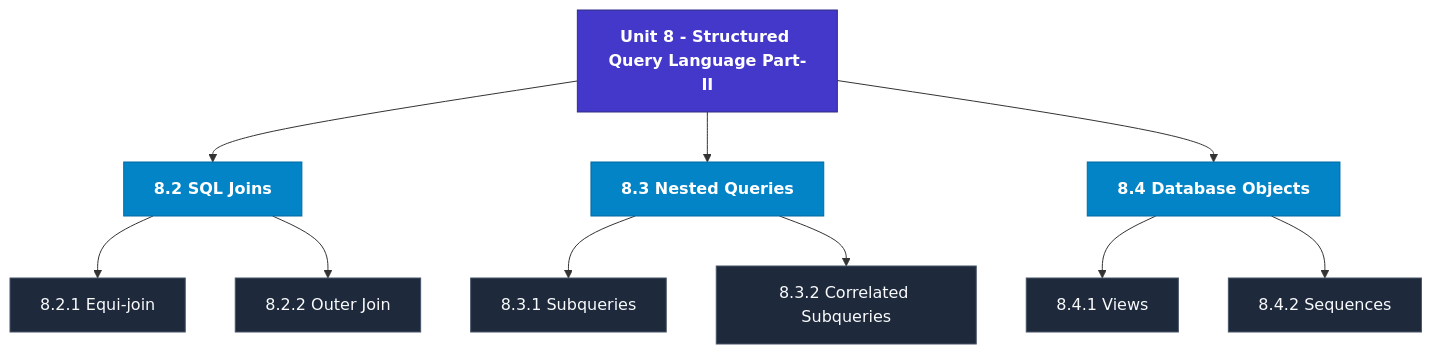
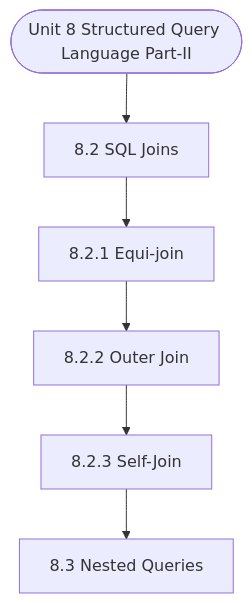
The diagram in notes/Semester_1/MCS-207_Database_Management_Systems/unit_08_Structured_Query_Language_(Part-II).md (Asutosh-Coaching/mscdsa), drawn with Mermaid before and after one commit. The commit also changed other lines of this file and 115 other files, not shown here.

Commit message:
Fix Mermaid layout for mobile, isolate LaTeX delimiters, and add GitHub Pages reader

````diff
--- a/notes/Semester_1/MCS-207_Database_Management_Systems/unit_08_Structured_Query_Language_(Part-II).md
+++ b/notes/Semester_1/MCS-207_Database_Management_Systems/unit_08_Structured_Query_Language_(Part-II).md
@@ -19,27 +19,14 @@
 ```mermaid
 flowchart TD
-  %% Styling Definitions
-  classDef head fill:#4338ca,stroke:#312e81,color:#ffffff,font-weight:bold;
-  classDef topic fill:#0284c7,stroke:#0369a1,color:#ffffff,font-weight:600;
-  classDef sub fill:#1e293b,stroke:#475569,color:#f8fafc;
-
-  Root["Unit 8 - Structured Query Language Part-II"]:::head
-  M1["8.2 SQL Joins"]:::topic
-  Root --> M1
-  M1_1["8.2.1 Equi-join"]:::sub
-  M1 --> M1_1
-  M1_2["8.2.2 Outer Join"]:::sub
-  M1 --> M1_2
-  M2["8.3 Nested Queries"]:::topic
-  Root --> M2
-  M2_1["8.3.1 Subqueries"]:::sub
-  M2 --> M2_1
-  M2_2["8.3.2 Correlated Subqueries"]:::sub
-  M2 --> M2_2
-  M3["8.4 Database Objects"]:::topic
-  Root --> M3
-  M3_1["8.4.1 Views"]:::sub
-  M3 --> M3_1
-  M3_2["8.4.2 Sequences"]:::sub
-  M3 --> M3_2
+  Start(["Unit 8 Structured Query Language Part-II"])
+  N1["8.2 SQL Joins"]
+  N2["8.2.1 Equi-join"]
+  N3["8.2.2 Outer Join"]
+  N4["8.2.3 Self-Join"]
+  N5["8.3 Nested Queries"]
+  Start --> N1
+  N1 --> N2
+  N2 --> N3
+  N3 --> N4
+  N4 --> N5
 ```
````
